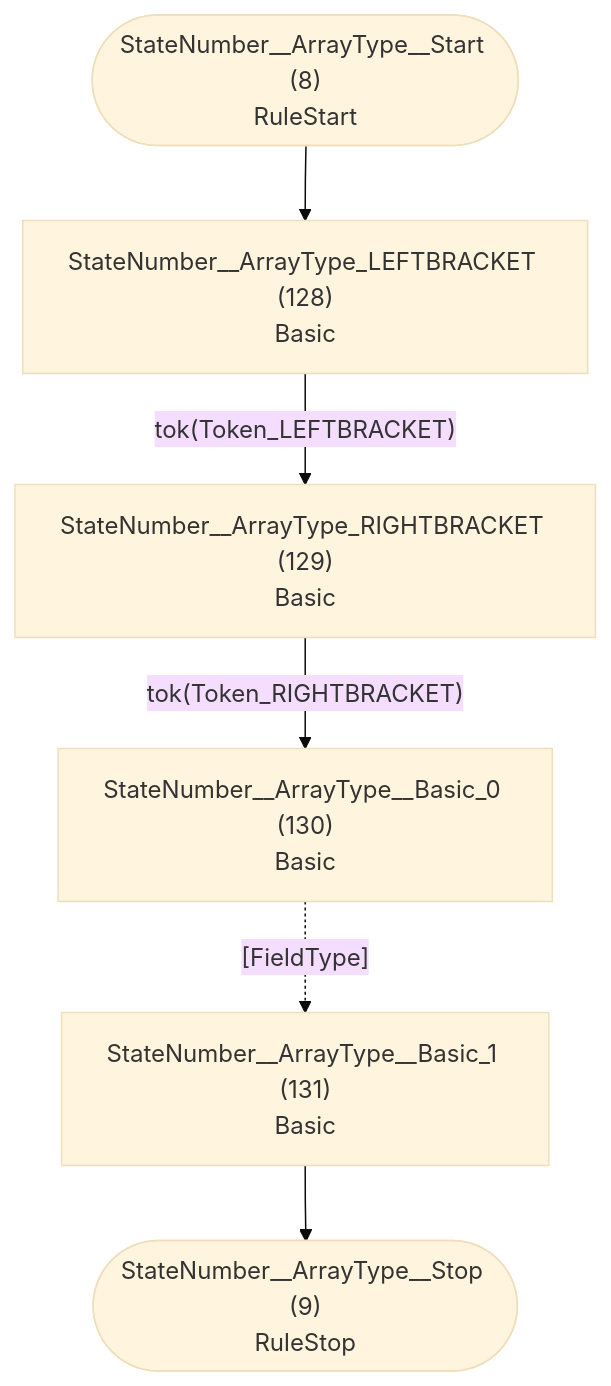
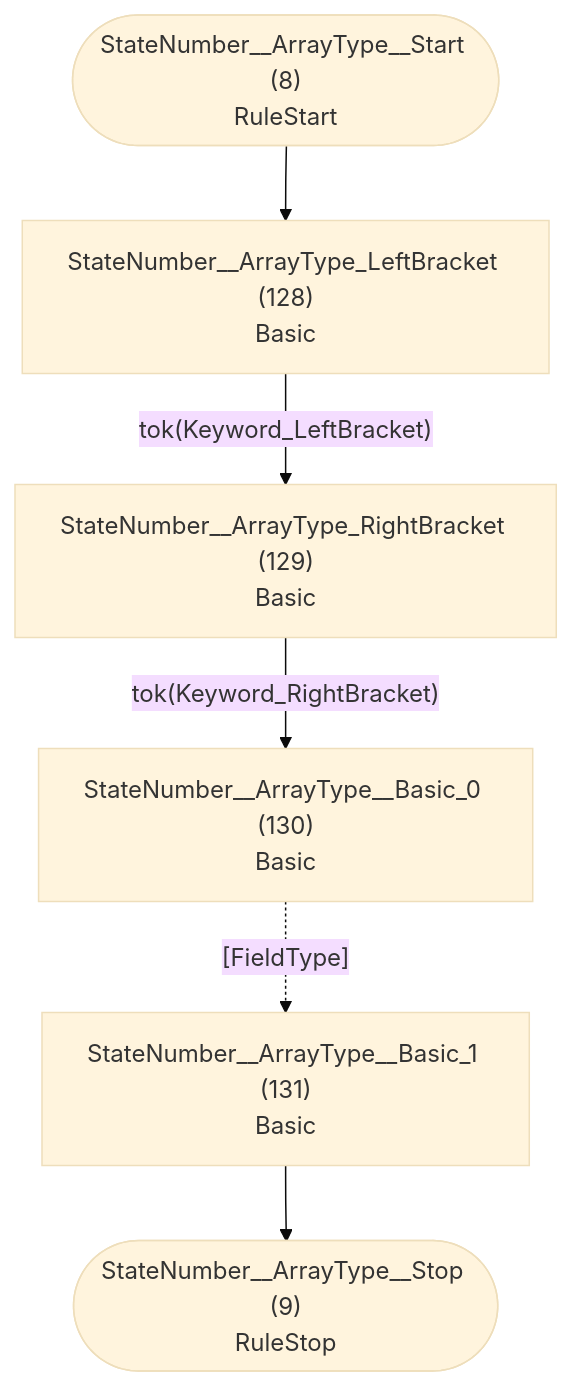
One commit to TypeFox/fastbelt changed the fifth of 37 diagrams in internal/grammar/atn.md. Above: the diagram before and after it, drawn with Mermaid (base theme). The commit also changed other lines of this file and 7 other files, not shown here.

````diff
--- a/internal/grammar/atn.md
+++ b/internal/grammar/atn.md
@@ -166,15 +166,15 @@
 ```mermaid
 flowchart TD
     q8(["StateNumber__ArrayType__Start (8)<br/>RuleStart"])
     q9(["StateNumber__ArrayType__Stop (9)<br/>RuleStop"])
-    q128["StateNumber__ArrayType_LEFTBRACKET (128)<br/>Basic<br/>"]
-    q129["StateNumber__ArrayType_RIGHTBRACKET (129)<br/>Basic<br/>"]
+    q128["StateNumber__ArrayType_LeftBracket (128)<br/>Basic<br/>"]
+    q129["StateNumber__ArrayType_RightBracket (129)<br/>Basic<br/>"]
     q130["StateNumber__ArrayType__Basic_0 (130)<br/>Basic<br/>"]
     q131["StateNumber__ArrayType__Basic_1 (131)<br/>Basic<br/>"]
 
     q8 --> q128
-    q128 -->|"tok(Token_LEFTBRACKET)"| q129
-    q129 -->|"tok(Token_RIGHTBRACKET)"| q130
+    q128 -->|"tok(Keyword_LeftBracket)"| q129
+    q129 -->|"tok(Keyword_RightBracket)"| q130
     q130 -.->|"[FieldType]"| q131
     q131 --> q9
 ```
````
